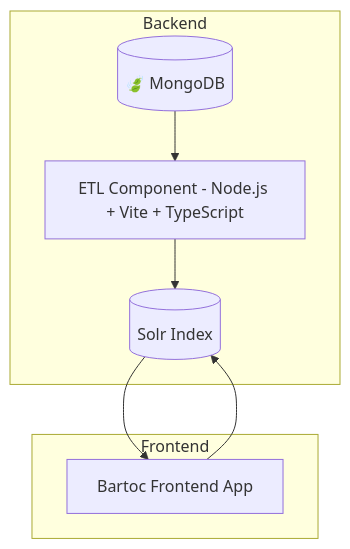
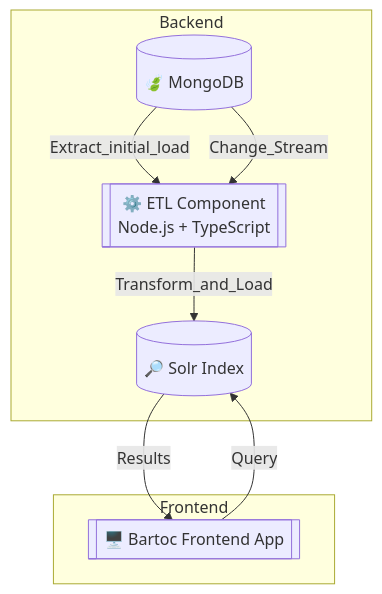
Before and after one commit to gbv/bartoc-etl: the diagram in README.md, drawn with Mermaid. The commit also changed other lines of this file, not shown here.

```diff
--- a/README.md
+++ b/README.md
@@ -5,17 +5,18 @@
 ~~~mermaid
 graph TD
-  A[(🍃 MongoDB)] --> B[ETL Component - Node.js + Vite + TypeScript]
-  B --> C[(Solr Index)]
-  C --> D[Bartoc Frontend App]
-  D --> C
-
   subgraph Backend
-    A
-    B
-    C
+    A[(🍃 MongoDB)]
+    B[[⚙️ ETL Component\nNode.js + TypeScript]]
+    C[(🔎 Solr Index)]
   end
 
   subgraph Frontend
-    D
+    D[[🖥️ Bartoc Frontend App]]
   end
+
+  A -->|Extract_initial_load| B
+  A -- Change_Stream --> B
+  B -->|Transform_and_Load| C
+  D -->|Query| C
+  C -->|Results| D
 ~~~
```
